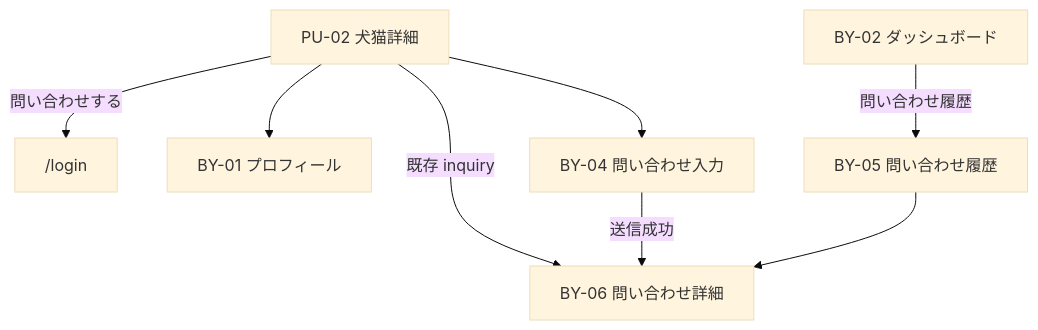
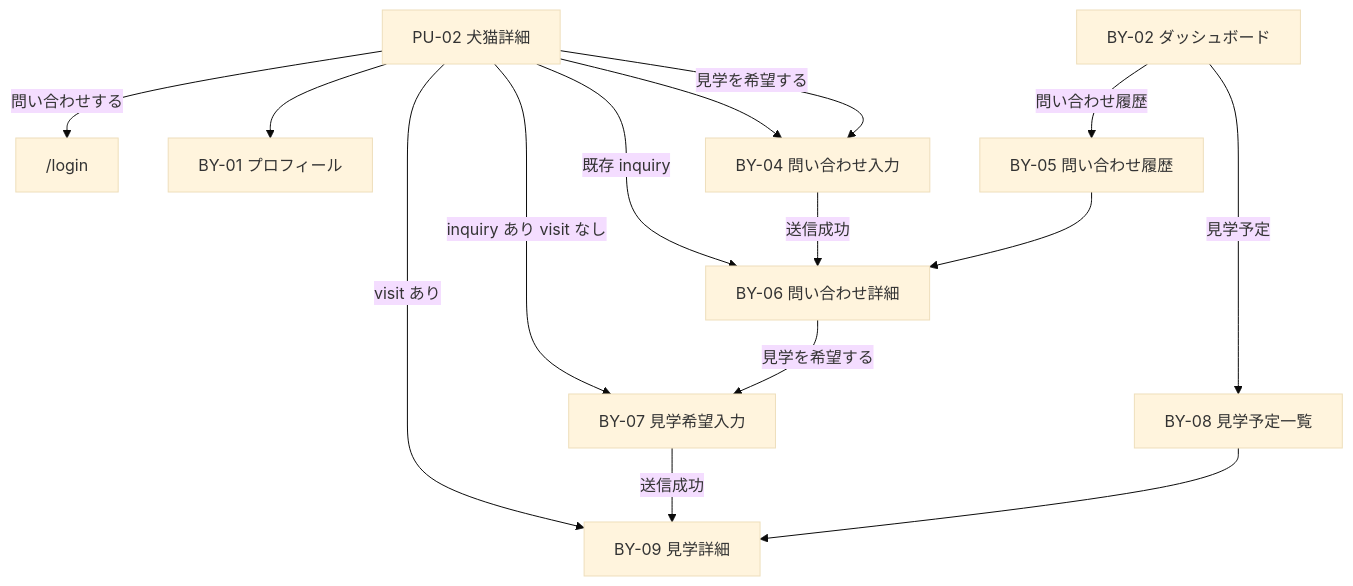
One commit to koji-isono/WithTama changed the fifth of 6 diagrams in docs/04_画面設計/README.md. Above: the diagram before and after it, drawn with Mermaid (base theme). The commit also changed other lines of this file and 11 other files, not shown here.

````diff
--- a/docs/04_画面設計/README.md
+++ b/docs/04_画面設計/README.md
@@ -200,18 +212,28 @@
 ```mermaid
 flowchart TD
   pu02["PU-02 犬猫詳細"]
   login["/login"]
   by01["BY-01 プロフィール"]
   by04["BY-04 問い合わせ入力"]
   by05["BY-05 問い合わせ履歴"]
   by06["BY-06 問い合わせ詳細"]
+  by07["BY-07 見学希望入力"]
+  by08["BY-08 見学予定一覧"]
+  by09["BY-09 見学詳細"]
   by02["BY-02 ダッシュボード"]
 
   pu02 -->|問い合わせする| login
   pu02 --> by01
   pu02 --> by04
   pu02 -->|既存 inquiry| by06
+  pu02 -->|見学を希望する| by04
+  pu02 -->|inquiry あり visit なし| by07
+  pu02 -->|visit あり| by09
   by04 -->|送信成功| by06
+  by06 -->|見学を希望する| by07
+  by07 -->|送信成功| by09
   by02 -->|問い合わせ履歴| by05
+  by02 -->|見学予定| by08
   by05 --> by06
+  by08 --> by09
 ```
````
